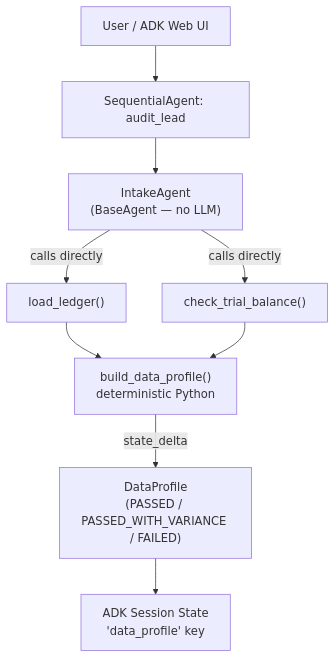
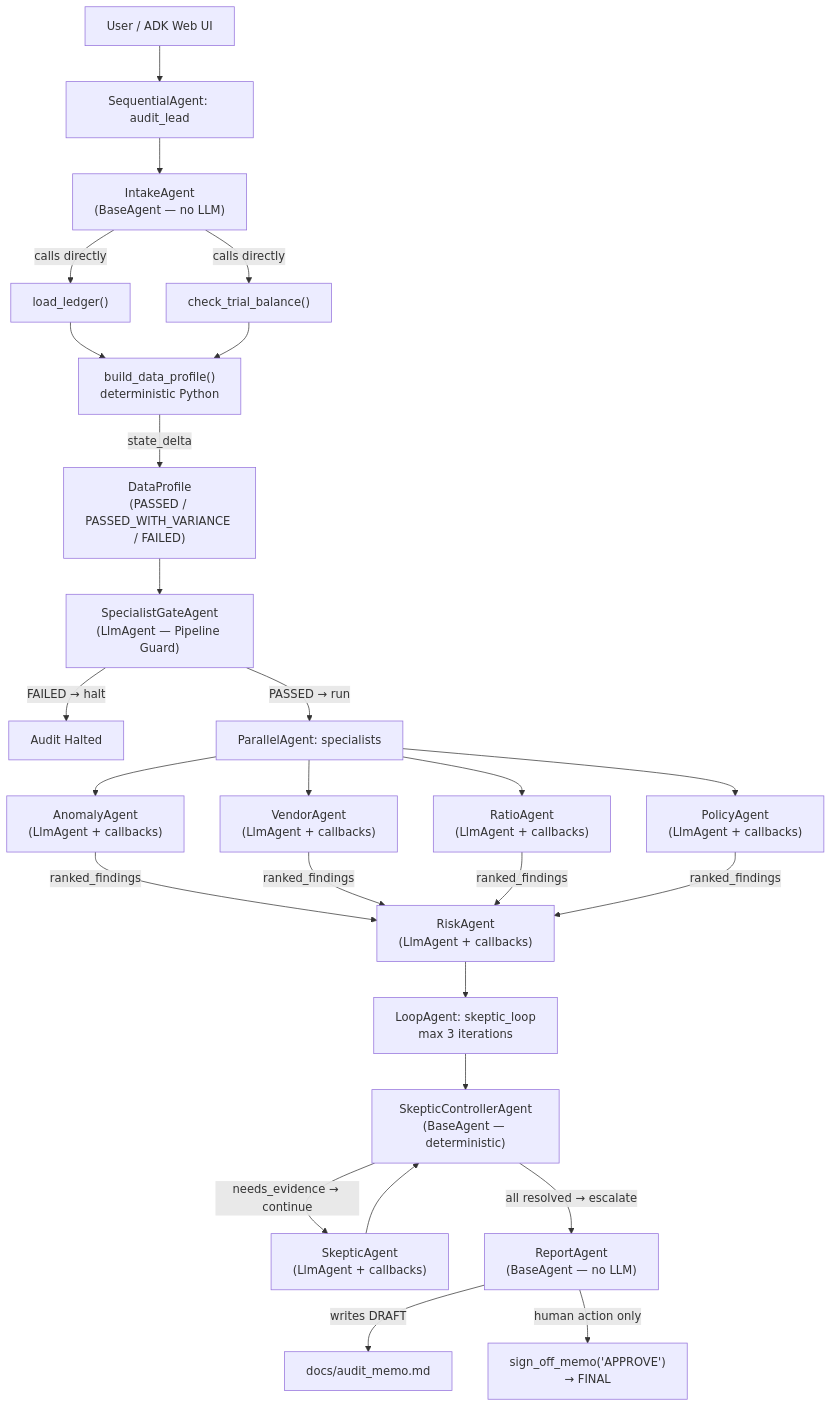
One commit to sahilshirsath96k/AuditPilot changed the first of 2 diagrams in README.md. Above: the diagram before and after it, drawn with Mermaid. The commit also changed other lines of this file and 27 other files, not shown here.

````diff
--- a/README.md
+++ b/README.md
@@ -43,11 +44,24 @@
 ```mermaid
 flowchart TD
     U["User / ADK Web UI"] --> R["SequentialAgent: audit_lead"]
     R --> IA["IntakeAgent\n(BaseAgent — no LLM)"]
     IA -->|"calls directly"| LL["load_ledger()"]
     IA -->|"calls directly"| CTB["check_trial_balance()"]
-    LL --> BDP["build_data_profile()\ndeterministic Python"]
-    CTB --> BDP
+    LL & CTB --> BDP["build_data_profile()\ndeterministic Python"]
     BDP -->|"state_delta"| DP["DataProfile\n(PASSED / PASSED_WITH_VARIANCE / FAILED)"]
-    DP --> S["ADK Session State\n'data_profile' key"]
+    DP --> PG["SpecialistGateAgent\n(LlmAgent — Pipeline Guard)"]
+    PG -->|"FAILED → halt"| HALT["Audit Halted"]
+    PG -->|"PASSED → run"| SP["ParallelAgent: specialists"]
+    SP --> AA["AnomalyAgent\n(LlmAgent + callbacks)"]
+    SP --> VA["VendorAgent\n(LlmAgent + callbacks)"]
+    SP --> RA["RatioAgent\n(LlmAgent + callbacks)"]
+    SP --> PA["PolicyAgent\n(LlmAgent + callbacks)"]
+    AA & VA & RA & PA -->|"ranked_findings"| RISK["RiskAgent\n(LlmAgent + callbacks)"]
+    RISK --> LOOP["LoopAgent: skeptic_loop\nmax 3 iterations"]
+    LOOP --> SC["SkepticControllerAgent\n(BaseAgent — deterministic)"]
+    SC -->|"needs_evidence → continue"| SKEPTIC["SkepticAgent\n(LlmAgent + callbacks)"]
+    SKEPTIC --> SC
+    SC -->|"all resolved → escalate"| RPT["ReportAgent\n(BaseAgent — no LLM)"]
+    RPT -->|"writes DRAFT"| MEMO["docs/audit_memo.md"]
+    RPT -->|"human action only"| SIGN["sign_off_memo('APPROVE')\n→ FINAL"]
 ```
````
